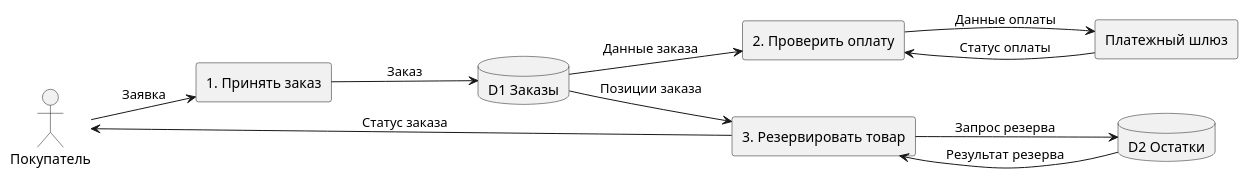
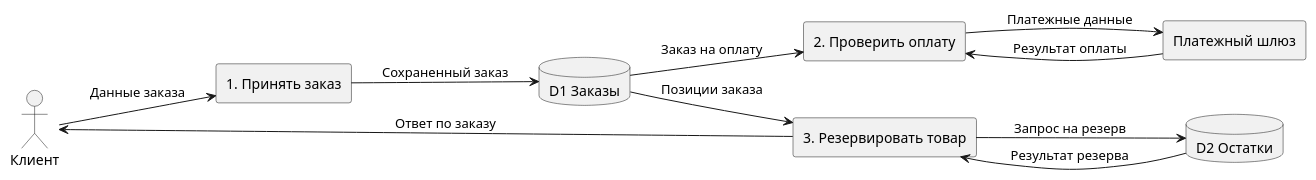
Before and after one commit to iwizy/analyst_kb: the second of 2 diagrams in docs/notations/dfd.md, drawn with PlantUML. The commit also changed other lines of this file and 20 other files, not shown here.

````diff
--- a/docs/notations/dfd.md
+++ b/docs/notations/dfd.md
@@ -40,22 +45,22 @@
 ```kroki-plantuml
 @startuml
 left to right direction
-actor "Покупатель" as Customer
+actor "Клиент" as Customer
 database "D1 Заказы" as D1
 database "D2 Остатки" as D2
 rectangle "1. Принять заказ" as P1
 rectangle "2. Проверить оплату" as P2
 rectangle "3. Резервировать товар" as P3
 rectangle "Платежный шлюз" as Payment
 
-Customer --> P1 : Заявка
-P1 --> D1 : Заказ
-D1 --> P2 : Данные заказа
-P2 --> Payment : Данные оплаты
-Payment --> P2 : Статус оплаты
+Customer --> P1 : Данные заказа
+P1 --> D1 : Сохраненный заказ
+D1 --> P2 : Заказ на оплату
+P2 --> Payment : Платежные данные
+Payment --> P2 : Результат оплаты
 D1 --> P3 : Позиции заказа
-P3 --> D2 : Запрос резерва
+P3 --> D2 : Запрос на резерв
 D2 --> P3 : Результат резерва
-P3 --> Customer : Статус заказа
+P3 --> Customer : Ответ по заказу
 @enduml
 ```
````
